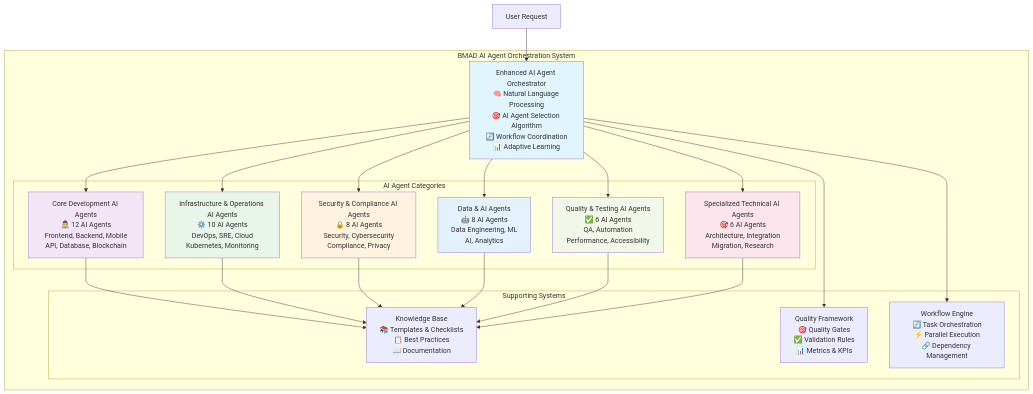
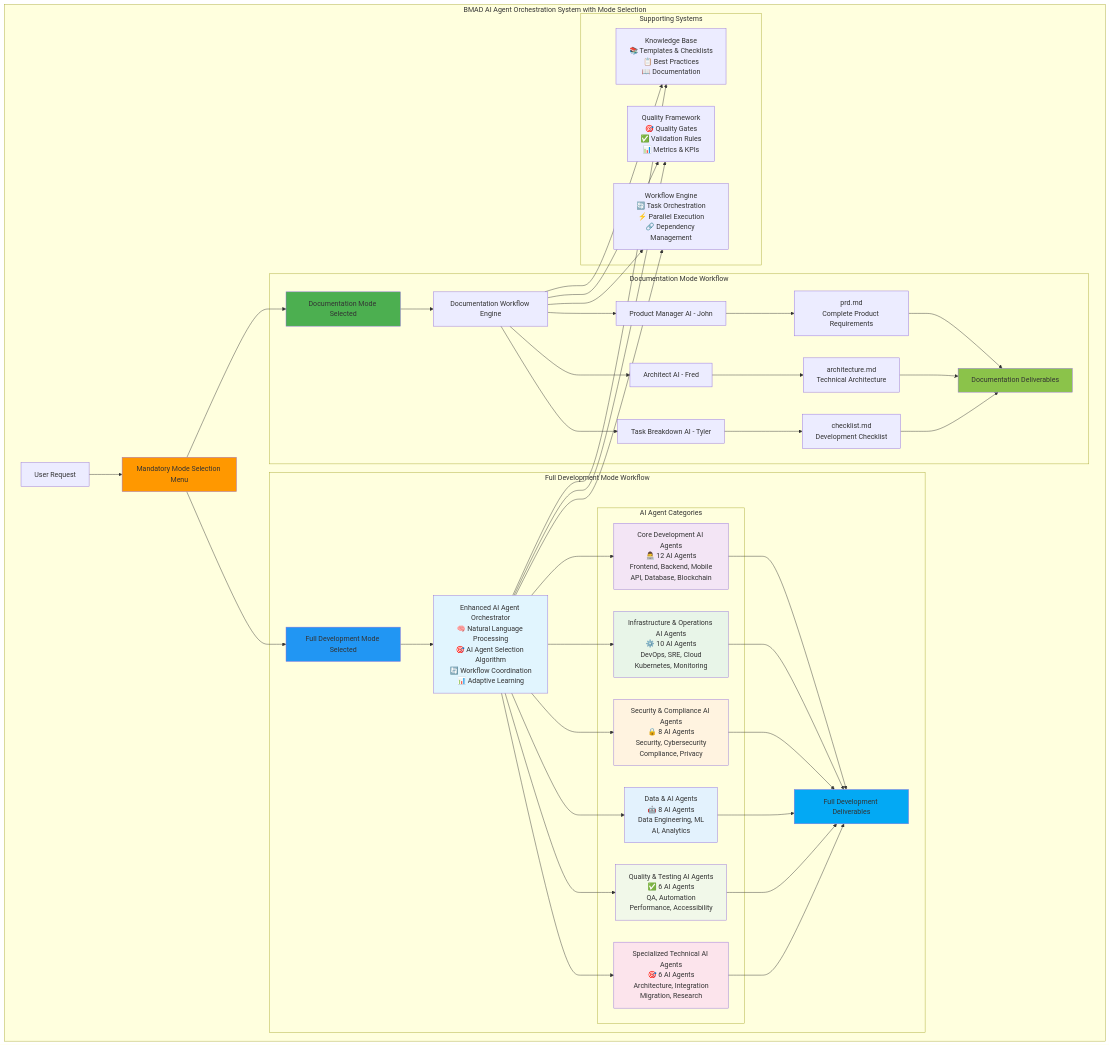
One commit to usemanusai/CodeMAD changed the first of 7 diagrams in README.md. Above: the diagram before and after it, drawn with Mermaid. The commit also changed other lines of this file and 6 other files, not shown here.

First line of the commit message:
Add mandatory mode selection system and update documentation workflow

````diff
--- a/README.md
+++ b/README.md
@@ -65,47 +129,77 @@
 ```mermaid
 graph TB
-    subgraph "BMAD AI Agent Orchestration System"
-        O[Enhanced AI Agent Orchestrator<br/>🧠 Natural Language Processing<br/>🎯 AI Agent Selection Algorithm<br/>🔄 Workflow Coordination<br/>📊 Adaptive Learning]
+    subgraph "BMAD AI Agent Orchestration System with Mode Selection"
+        U[User Request] --> MS[Mandatory Mode Selection Menu]
 
-        subgraph "AI Agent Categories"
-            CD[Core Development AI Agents<br/>👨‍💻 12 AI Agents<br/>Frontend, Backend, Mobile<br/>API, Database, Blockchain]
-            IO[Infrastructure & Operations AI Agents<br/>⚙️ 10 AI Agents<br/>DevOps, SRE, Cloud<br/>Kubernetes, Monitoring]
-            SC[Security & Compliance AI Agents<br/>🔒 8 AI Agents<br/>Security, Cybersecurity<br/>Compliance, Privacy]
-            DA[Data & AI Agents<br/>🤖 8 AI Agents<br/>Data Engineering, ML<br/>AI, Analytics]
-            QT[Quality & Testing AI Agents<br/>✅ 6 AI Agents<br/>QA, Automation<br/>Performance, Accessibility]
-            ST[Specialized Technical AI Agents<br/>🎯 6 AI Agents<br/>Architecture, Integration<br/>Migration, Research]
+        MS --> DM[Documentation Mode Selected]
+        MS --> FM[Full Development Mode Selected]
+
+        subgraph "Documentation Mode Workflow"
+            DM --> DW[Documentation Workflow Engine]
+            DW --> PM[Product Manager AI - John]
+            DW --> AR[Architect AI - Fred]
+            DW --> TB[Task Breakdown AI - Tyler]
+
+            PM --> PRD[prd.md<br/>Complete Product Requirements]
+            AR --> ARCH[architecture.md<br/>Technical Architecture]
+            TB --> TASKS[checklist.md<br/>Development Checklist]
+
+            PRD --> DD[Documentation Deliverables]
+            ARCH --> DD
+            TASKS --> DD
+        end
+
+        subgraph "Full Development Mode Workflow"
+            FM --> O[Enhanced AI Agent Orchestrator<br/>🧠 Natural Language Processing<br/>🎯 AI Agent Selection Algorithm<br/>🔄 Workflow Coordination<br/>📊 Adaptive Learning]
+
+            subgraph "AI Agent Categories"
+                CD[Core Development AI Agents<br/>👨‍💻 12 AI Agents<br/>Frontend, Backend, Mobile<br/>API, Database, Blockchain]
+                IO[Infrastructure & Operations AI Agents<br/>⚙️ 10 AI Agents<br/>DevOps, SRE, Cloud<br/>Kubernetes, Monitoring]
+                SC[Security & Compliance AI Agents<br/>🔒 8 AI Agents<br/>Security, Cybersecurity<br/>Compliance, Privacy]
+                DA[Data & AI Agents<br/>🤖 8 AI Agents<br/>Data Engineering, ML<br/>AI, Analytics]
+                QT[Quality & Testing AI Agents<br/>✅ 6 AI Agents<br/>QA, Automation<br/>Performance, Accessibility]
+                ST[Specialized Technical AI Agents<br/>🎯 6 AI Agents<br/>Architecture, Integration<br/>Migration, Research]
+            end
+
+            O --> CD
+            O --> IO
+            O --> SC
+            O --> DA
+            O --> QT
+            O --> ST
+
+            CD --> FD[Full Development Deliverables]
+            IO --> FD
+            SC --> FD
+            DA --> FD
+            QT --> FD
+            ST --> FD
         end
 
         subgraph "Supporting Systems"
             KB[Knowledge Base<br/>📚 Templates & Checklists<br/>📋 Best Practices<br/>📖 Documentation]
             QF[Quality Framework<br/>🎯 Quality Gates<br/>✅ Validation Rules<br/>📊 Metrics & KPIs]
             WE[Workflow Engine<br/>🔄 Task Orchestration<br/>⚡ Parallel Execution<br/>🔗 Dependency Management]
         end
+
+        DW --> KB
+        O --> KB
+        DW --> QF
+        O --> QF
+        DW --> WE
+        O --> WE
     end
 
-    U[User Request] --> O
-    O --> CD
-    O --> IO
-    O --> SC
-    O --> DA
-    O --> QT
-    O --> ST
-
-    CD --> KB
-    IO --> KB
-    SC --> KB
-    DA --> KB
-    QT --> KB
-    ST --> KB
-
-    O --> QF
-    O --> WE
-
+    style MS fill:#ff9800
+    style DM fill:#4caf50
+    style FM fill:#2196f3
+    style DD fill:#8bc34a
+    style FD fill:#03a9f4
     style O fill:#e1f5fe
     style CD fill:#f3e5f5
     style IO fill:#e8f5e8
     style SC fill:#fff3e0
     style DA fill:#e3f2fd
     style QT fill:#f1f8e9
     style ST fill:#fce4ec
 ```
````
